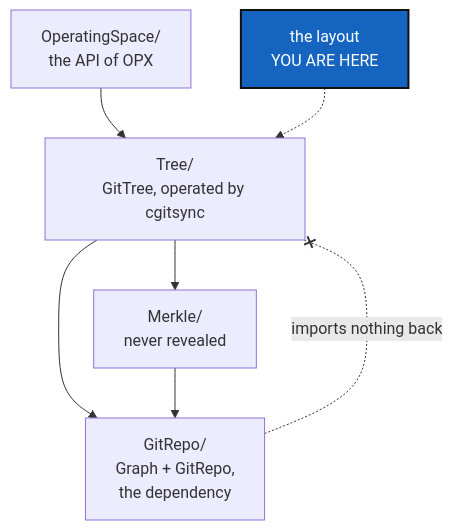
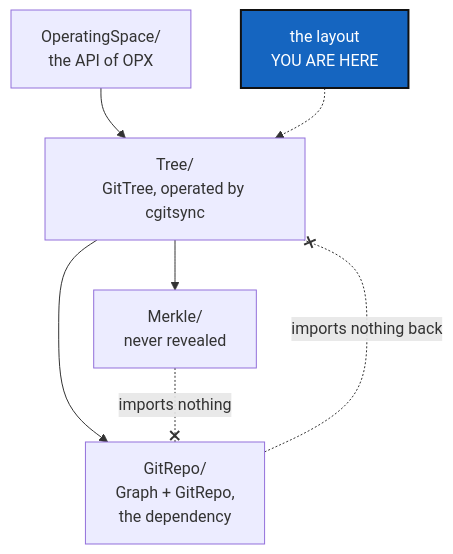
Before and after one commit to flipoyo/.dev: the diagram in DevTickets/openTickets/main_1-6_SrcLayout_DevPlanTicket.md, drawn with Mermaid. The commit also changed other lines of this file and 3 other files, not shown here.

````diff
--- a/DevTickets/openTickets/main_1-6_SrcLayout_DevPlanTicket.md
+++ b/DevTickets/openTickets/main_1-6_SrcLayout_DevPlanTicket.md
@@ -63,12 +70,12 @@
 ```mermaid
 graph TD
     OS["OperatingSpace/<br/>the API of OPX"] --> TREE["Tree/<br/>GitTree, operated by cgitsync"]
     TREE --> MERKLE["Merkle/<br/>never revealed"]
     TREE --> GR["GitRepo/<br/>Graph + GitRepo,<br/>the dependency"]
-    MERKLE --> GR
     GR -.-x|"imports nothing back"| TREE
+    MERKLE -.-x|"imports nothing"| GR
     L["the layout<br/>YOU ARE HERE"] -.-> TREE
 
     classDef here fill:#1565C0,color:#fff,stroke:#111,stroke-width:2px;
     class L here;
 ```
````
